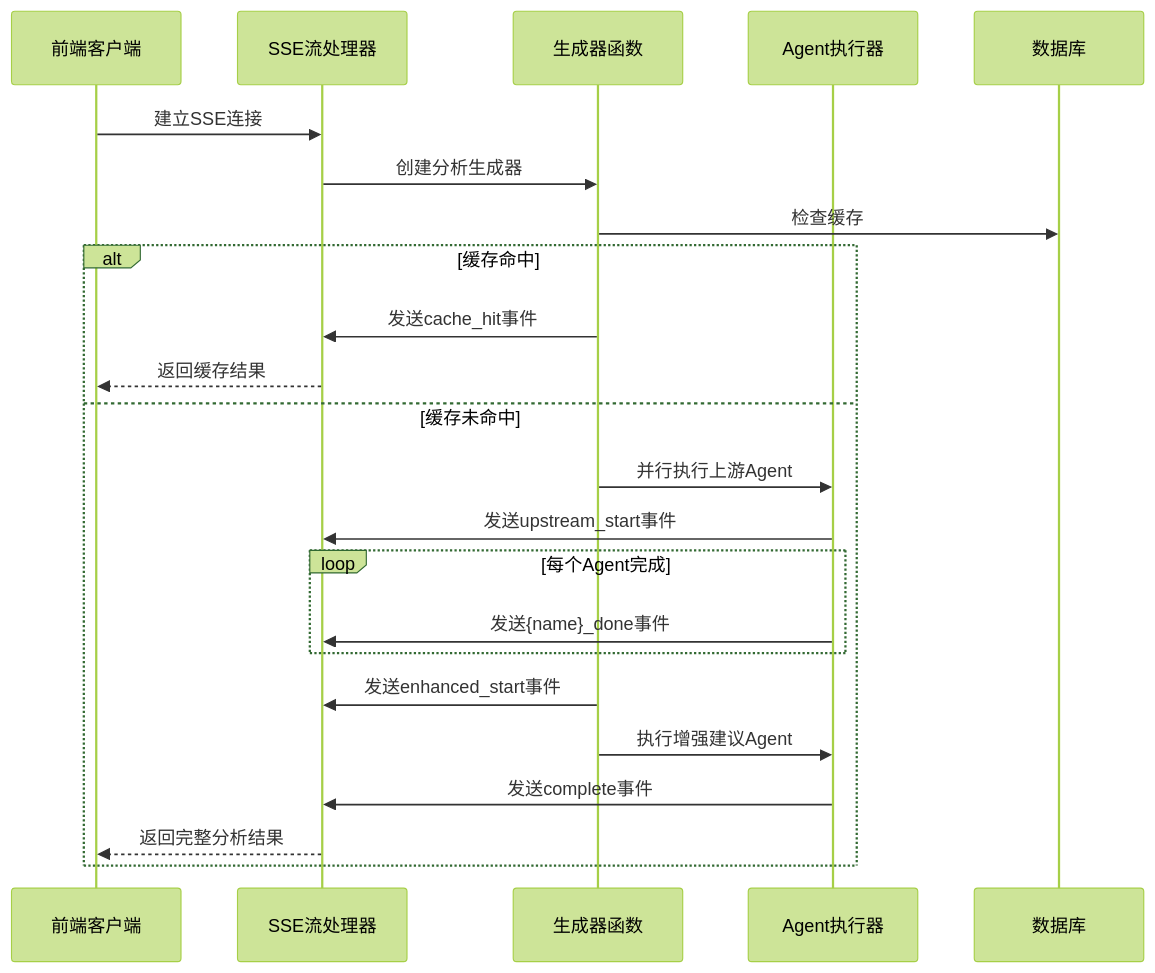
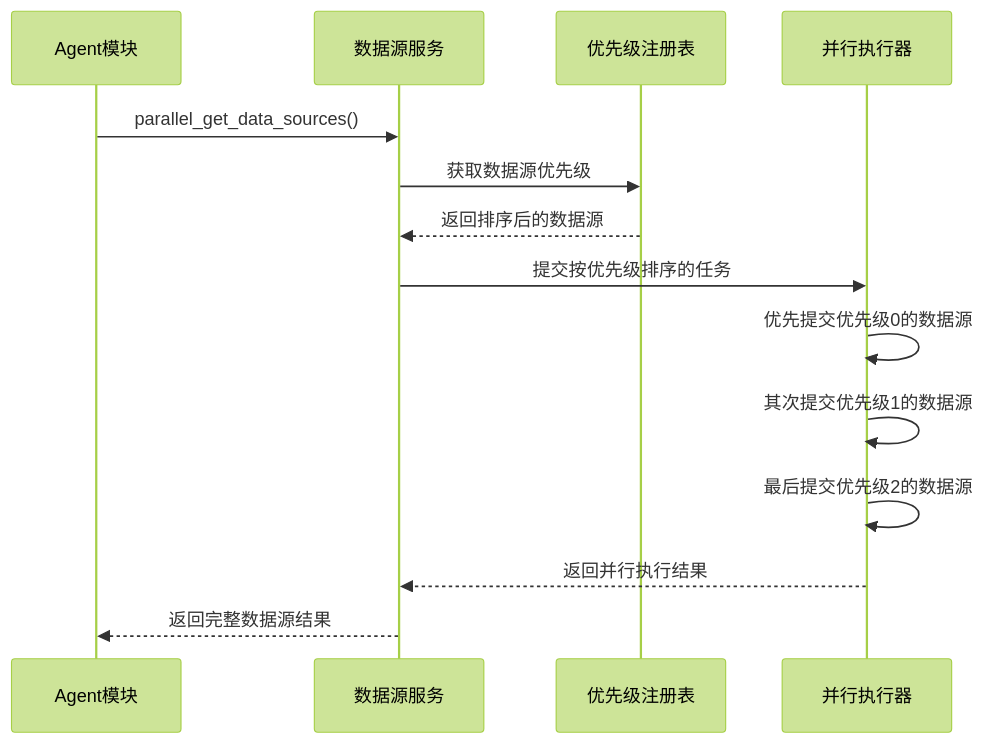
One commit to Moruime/stock_foker changed the ninth of 16 diagrams in .qoder/repowiki/zh/content/数据源服务增强.md. Above: the diagram before and after it, drawn with Mermaid (forest theme). The commit also changed other lines of this file and 5 other files, not shown here.

````diff
--- a/.qoder/repowiki/zh/content/数据源服务增强.md
+++ b/.qoder/repowiki/zh/content/数据源服务增强.md
@@ -394,25 +522,16 @@
 ```mermaid
 sequenceDiagram
-participant Client as 前端客户端
-participant SSE as SSE流处理器
-participant Generator as 生成器函数
-participant Agents as Agent执行器
-participant DB as 数据库
-Client->>SSE : 建立SSE连接
-SSE->>Generator : 创建分析生成器
-Generator->>DB : 检查缓存
-alt 缓存命中
-Generator->>SSE : 发送cache_hit事件
-SSE-->>Client : 返回缓存结果
-else 缓存未命中
-Generator->>Agents : 并行执行上游Agent
-Agents->>SSE : 发送upstream_start事件
-loop 每个Agent完成
-Agents->>SSE : 发送{name}_done事件
-end
-Generator->>SSE : 发送enhanced_start事件
-Generator->>Agents : 执行增强建议Agent
-Agents->>SSE : 发送complete事件
-SSE-->>Client : 返回完整分析结果
-end
+participant Agent as Agent模块
+participant Service as 数据源服务
+participant Registry as 优先级注册表
+participant Executor as 并行执行器
+Agent->>Service : parallel_get_data_sources()
+Service->>Registry : 获取数据源优先级
+Registry-->>Service : 返回排序后的数据源
+Service->>Executor : 提交按优先级排序的任务
+Executor->>Executor : 优先提交优先级0的数据源
+Executor->>Executor : 其次提交优先级1的数据源
+Executor->>Executor : 最后提交优先级2的数据源
+Executor-->>Service : 返回并行执行结果
+Service-->>Agent : 返回完整数据源结果
 ```
````
